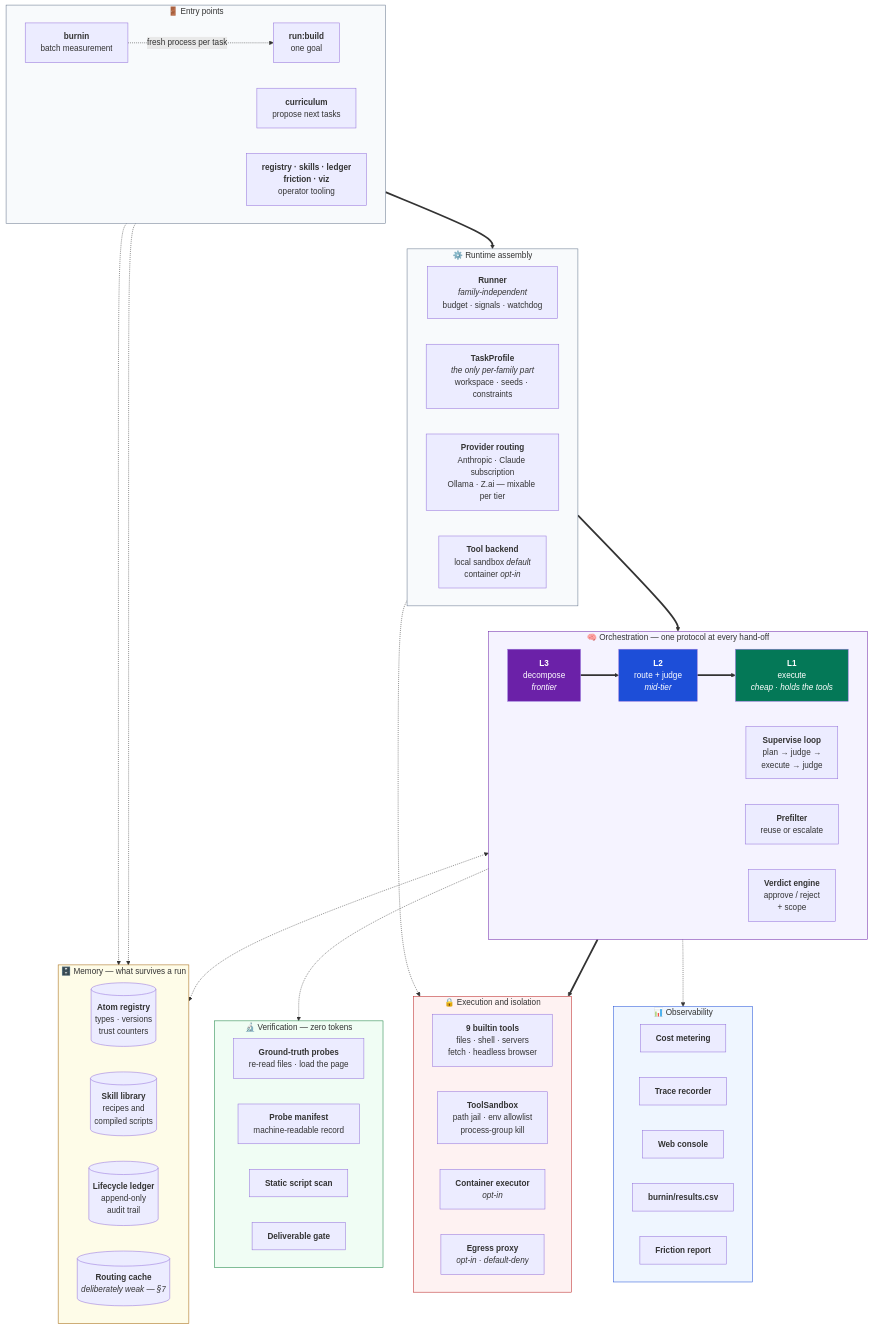
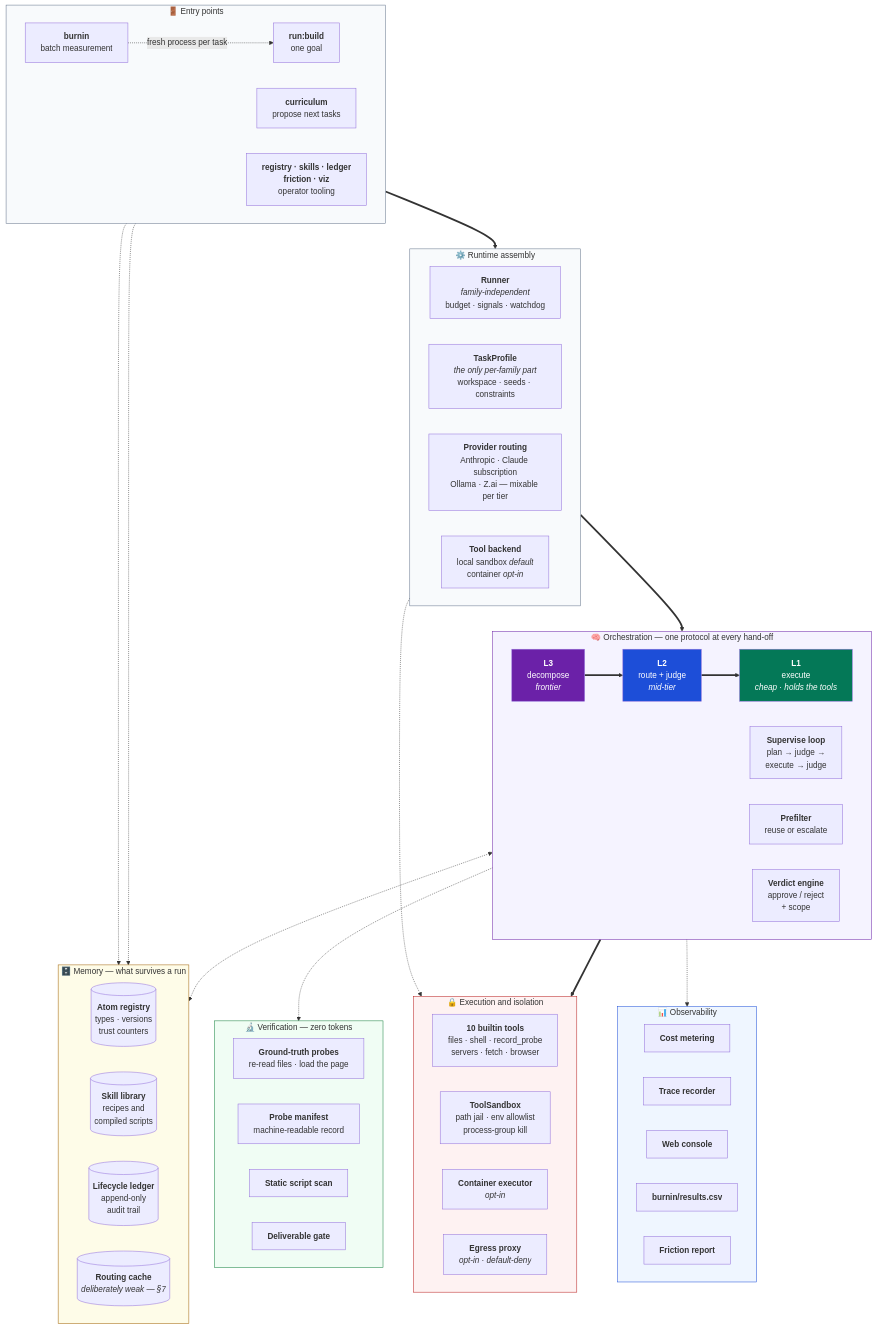
The second of 6 diagrams in docs/how-it-works.md (mgtf/atoma), drawn with Mermaid before and after one commit. The commit also changed other lines of this file and 2 other files, not shown here.

```diff
--- a/docs/how-it-works.md
+++ b/docs/how-it-works.md
@@ -81,7 +81,7 @@
 
     subgraph EXEC[" 🔒 Execution and isolation "]
         direction LR
-        TOOLS["<b>9 builtin tools</b><br/>files · shell · servers<br/>fetch · headless browser"]
+        TOOLS["<b>10 builtin tools</b><br/>files · shell · record_probe<br/>servers · fetch · browser"]
         SANDBOX["<b>ToolSandbox</b><br/>path jail · env allowlist<br/>process-group kill"]
         CONT["<b>Container executor</b><br/><i>opt-in</i>"]
         EGRESS["<b>Egress proxy</b><br/><i>opt-in · default-deny</i>"]
```
